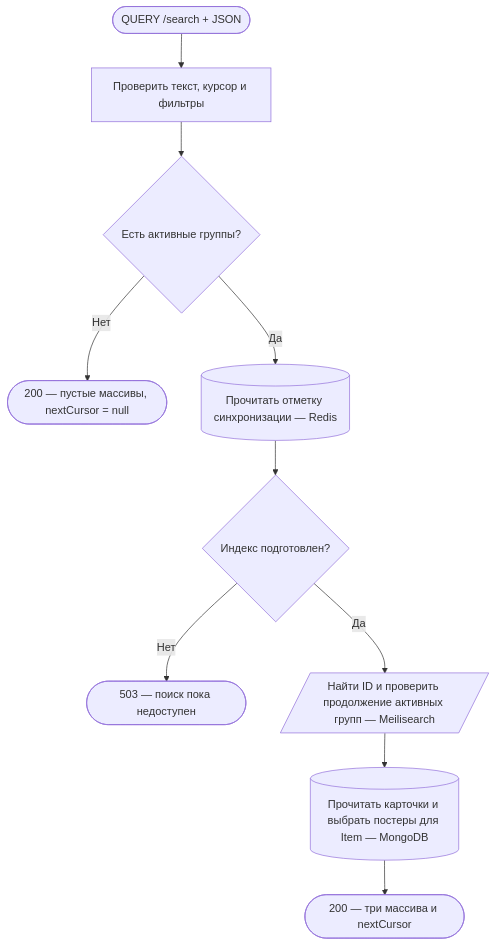
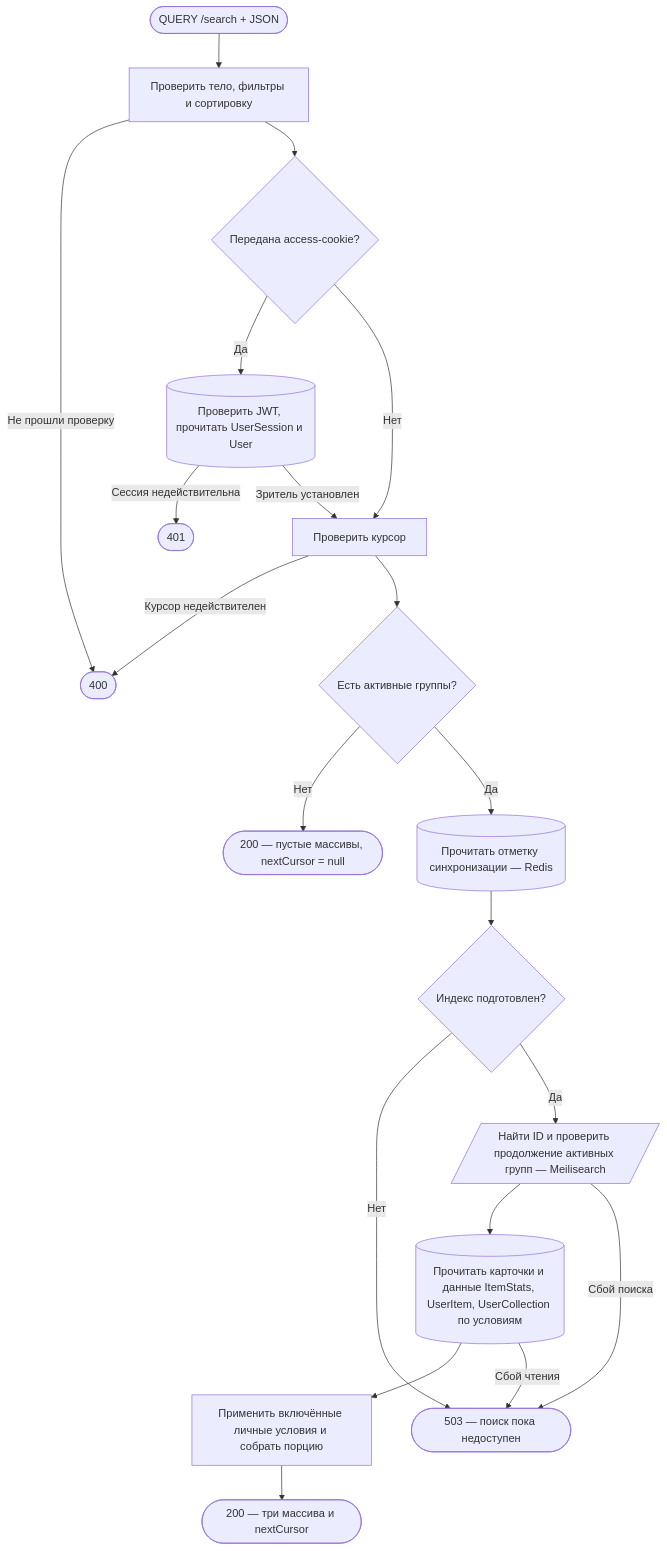
One commit to AmyGrooove/f95-tinder changed the fifth of 6 diagrams in apps/api/public/docs/api/requestFlows/catalog.md. Above: the diagram before and after it, drawn with Mermaid. The commit also changed other lines of this file and 98 other files, not shown here.

````diff
--- a/apps/api/public/docs/api/requestFlows/catalog.md
+++ b/apps/api/public/docs/api/requestFlows/catalog.md
@@ -41,14 +209,24 @@
 ```mermaid
 flowchart TD
     accTitle: Общий поиск по сайту
-    accDescr: Проверить запрос и курсор, найти совпадения для активных групп и вернуть публичные карточки
-    A(["QUERY /search + JSON"]):::http --> B["Проверить текст, курсор и фильтры"]:::action
-    B --> C{"Есть активные группы?"}:::action
+    accDescr: Проверить запрос, зрителя и курсор, найти совпадения и получить карточки с оценками и статусом зрителя
+    A(["QUERY /search + JSON"]):::http --> B["Проверить тело, фильтры и сортировку"]:::action
+    B -->|Не прошли проверку| Bad(["400"]):::http
+    B --> V{"Передана access-cookie?"}:::action
+    V -->|Да| S[("Проверить JWT, прочитать UserSession и User")]:::data
+    S -->|Сессия недействительна| U(["401"]):::http
+    S -->|Зритель установлен| K["Проверить курсор"]:::action
+    V -->|Нет| K
+    K -->|Курсор недействителен| Bad
+    K --> C{"Есть активные группы?"}:::action
     C -->|Нет| J(["200 — пустые массивы, nextCursor = null"]):::http
     C -->|Да| D[("Прочитать отметку синхронизации — Redis")]:::data
     D --> E{"Индекс подготовлен?"}:::action
     E -->|Нет| F(["503 — поиск пока недоступен"]):::http
     E -->|Да| G[/"Найти ID и проверить продолжение активных групп — Meilisearch"/]:::external
-    G --> H[("Прочитать карточки и выбрать постеры для Item — MongoDB")]:::data
-    H --> I(["200 — три массива и nextCursor"]):::http
+    G --> H[("Прочитать карточки и данные ItemStats, UserItem, UserCollection по условиям")]:::data
+    H --> P["Применить включённые личные условия и собрать порцию"]:::action
+    P --> I(["200 — три массива и nextCursor"]):::http
+    G -->|Сбой поиска| F
+    H -->|Сбой чтения| F
 ```
````
